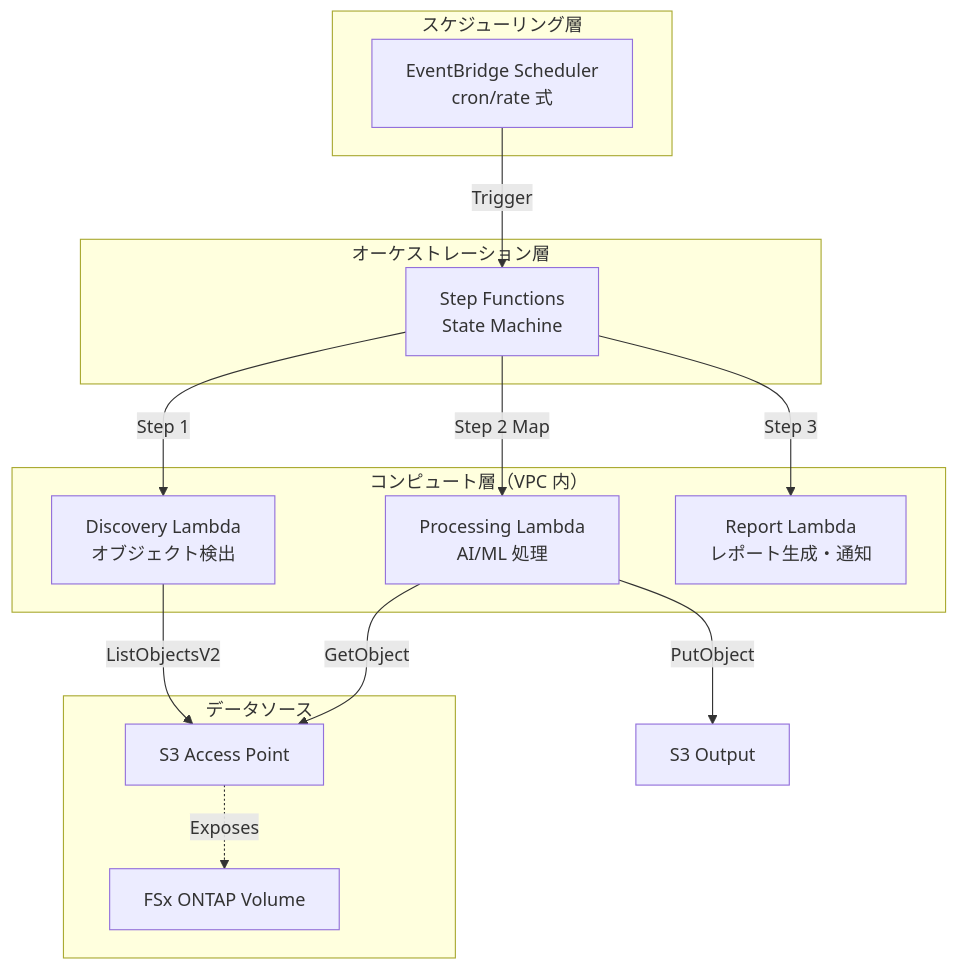
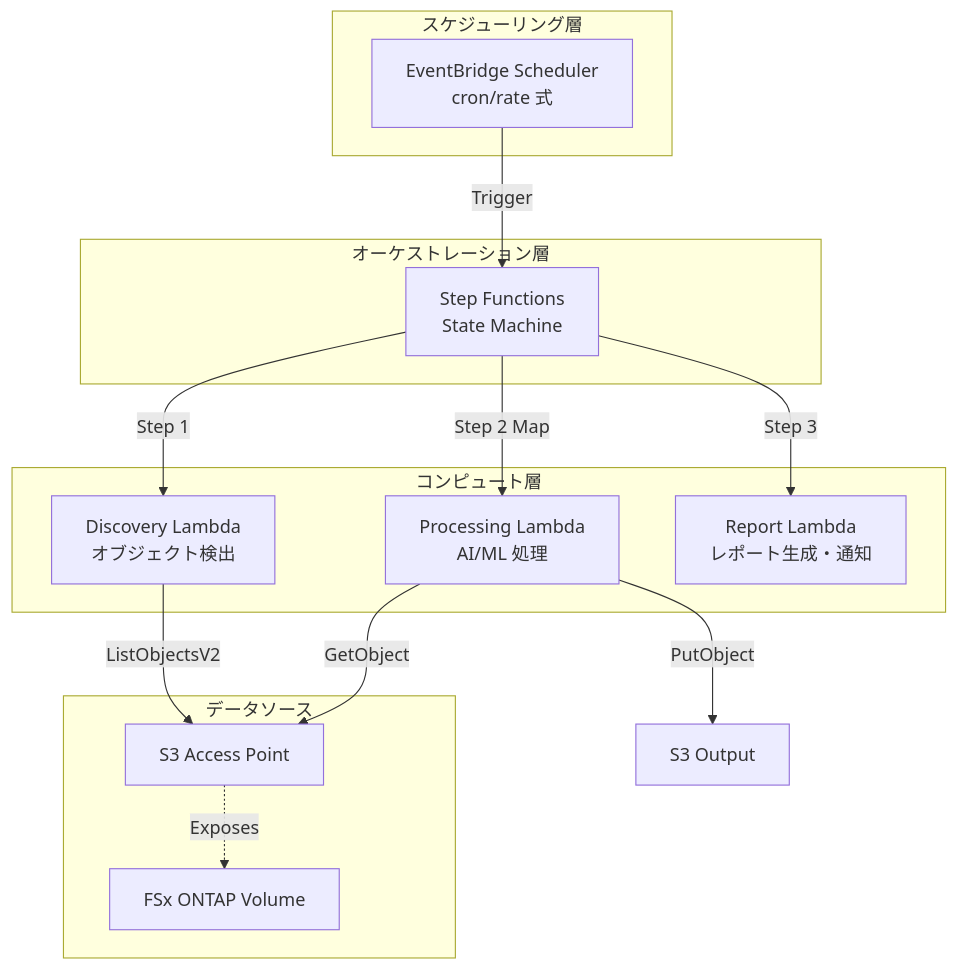
The diagram in docs/article-draft.md (Yoshiki0705/FSx-for-ONTAP-S3AccessPoints-Serverless-Patterns), drawn with Mermaid before and after one commit. The commit also changed other lines of this file, not shown here.

````diff
--- a/docs/article-draft.md
+++ b/docs/article-draft.md
@@ -50,32 +50,32 @@
 ```mermaid
 graph TB
     subgraph "スケジューリング層"
         EBS[EventBridge Scheduler<br/>cron/rate 式]
     end
 
     subgraph "オーケストレーション層"
         SFN[Step Functions<br/>State Machine]
     end
 
-    subgraph "コンピュート層（VPC 内）"
+    subgraph "コンピュート層"
         DL[Discovery Lambda<br/>オブジェクト検出]
         PL[Processing Lambda<br/>AI/ML 処理]
         RL[Report Lambda<br/>レポート生成・通知]
     end
 
     subgraph "データソース"
         FSXN[FSx ONTAP Volume]
         S3AP[S3 Access Point]
     end
 
     EBS -->|Trigger| SFN
     SFN -->|Step 1| DL
     SFN -->|Step 2 Map| PL
     SFN -->|Step 3| RL
 
     DL -->|ListObjectsV2| S3AP
     PL -->|GetObject| S3AP
     PL -->|PutObject| S3OUT[S3 Output]
 
     S3AP -.->|Exposes| FSXN
 ```
````
